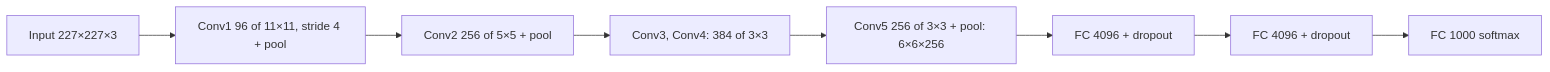
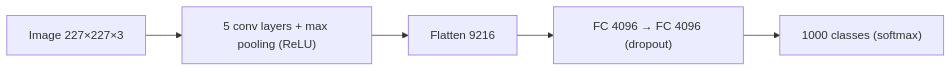
Before and after one commit to TrendySloth1001/sem-seven-notes: the first of 2 diagrams in content/deep-learning/pyq/2025-05/q3a.mdx, drawn with Mermaid. The commit also changed other lines of this file and 186 other files, not shown here.

````diff
--- a/content/deep-learning/pyq/2025-05/q3a.mdx
+++ b/content/deep-learning/pyq/2025-05/q3a.mdx
@@ -11,11 +11,8 @@
 ```mermaid
-%% caption: AlexNet. Five convolution layers with max pooling after the 1st, 2nd and 5th, then three fully connected layers.
+%% caption: AlexNet in one line.
 flowchart LR
-  A["Input 227×227×3"] --> B["Conv1 96 of 11×11, stride 4 + pool"]
-  B --> C["Conv2 256 of 5×5 + pool"]
-  C --> D["Conv3, Conv4: 384 of 3×3"]
-  D --> E["Conv5 256 of 3×3 + pool: 6×6×256"]
-  E --> F["FC 4096 + dropout"]
-  F --> G["FC 4096 + dropout"]
-  G --> H["FC 1000 softmax"]
+  A["Image 227×227×3"] --> B["5 conv layers + max pooling (ReLU)"]
+  B --> C["Flatten 9216"]
+  C --> D["FC 4096 → FC 4096 (dropout)"]
+  D --> E["1000 classes (softmax)"]
 ```
````
